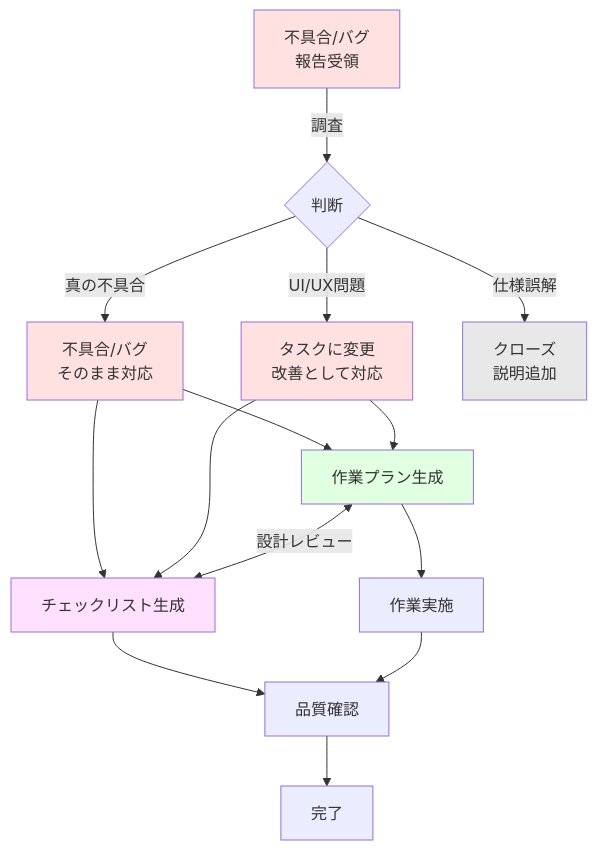
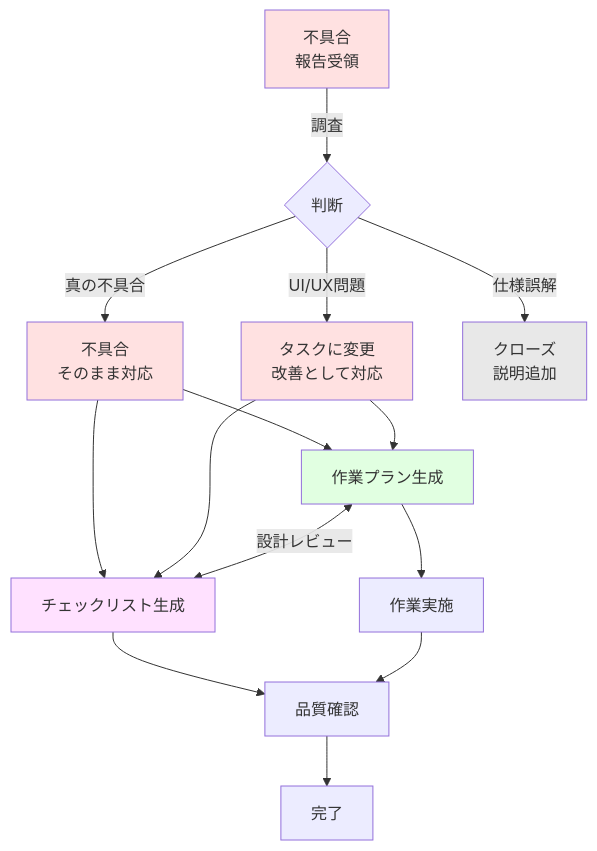
One commit to wate/vagrant-redmine changed the second of 2 diagrams in provision/files/wiki/help/issue_flow.md. Above: the diagram before and after it, drawn with Mermaid. The commit also changed other lines of this file and 6 other files, not shown here.

````diff
--- a/provision/files/wiki/help/issue_flow.md
+++ b/provision/files/wiki/help/issue_flow.md
@@ -36,22 +36,22 @@
 ```mermaid
 graph TD
-    I[不具合/バグ<br/>報告受領] -->|調査| J{判断}
-    J -->|真の不具合| K[不具合/バグ<br/>そのまま対応]
+    I[不具合<br/>報告受領] -->|調査| J{判断}
+    J -->|真の不具合| K[不具合<br/>そのまま対応]
     J -->|UI/UX問題| L[タスクに変更<br/>改善として対応]
     J -->|仕様誤解| M[クローズ<br/>説明追加]
     K --> N[作業プラン生成]
     K --> O[チェックリスト生成]
     L --> N
     L --> O
     N <-->|設計レビュー| O
     N --> P[作業実施]
     O --> Q[品質確認]
     P --> Q
     Q --> R[完了]
     style I fill:#ffe1e1
     style K fill:#ffe1e1
     style L fill:#ffe1e1
     style M fill:#e8e8e8
     style N fill:#e1ffe1
     style O fill:#ffe1ff
 ```
````
